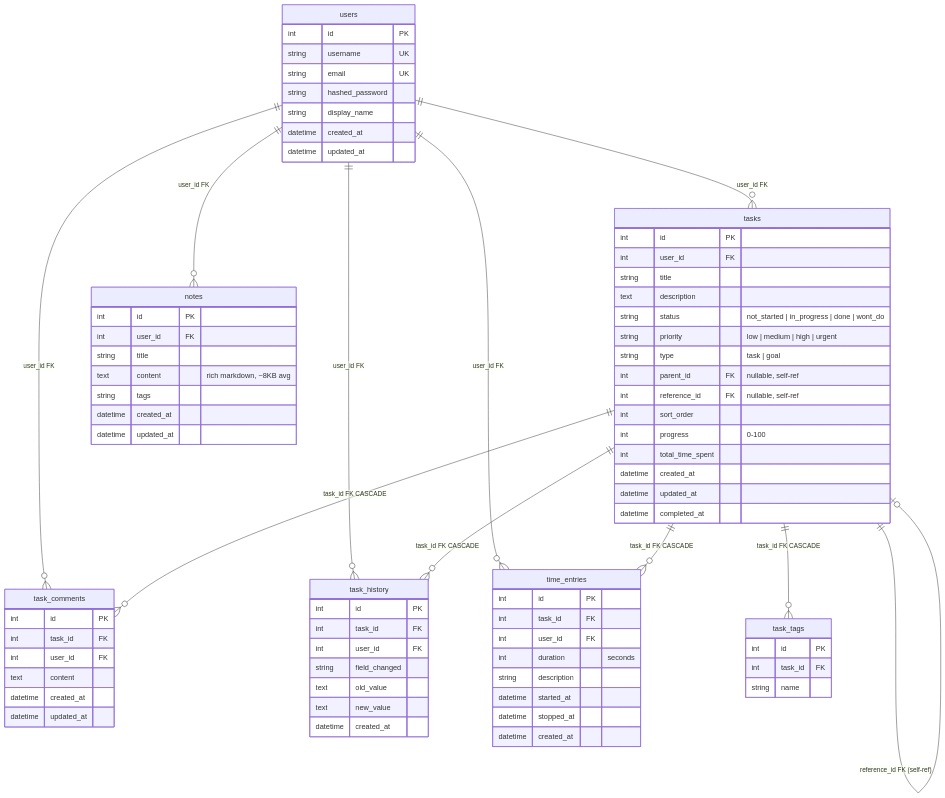
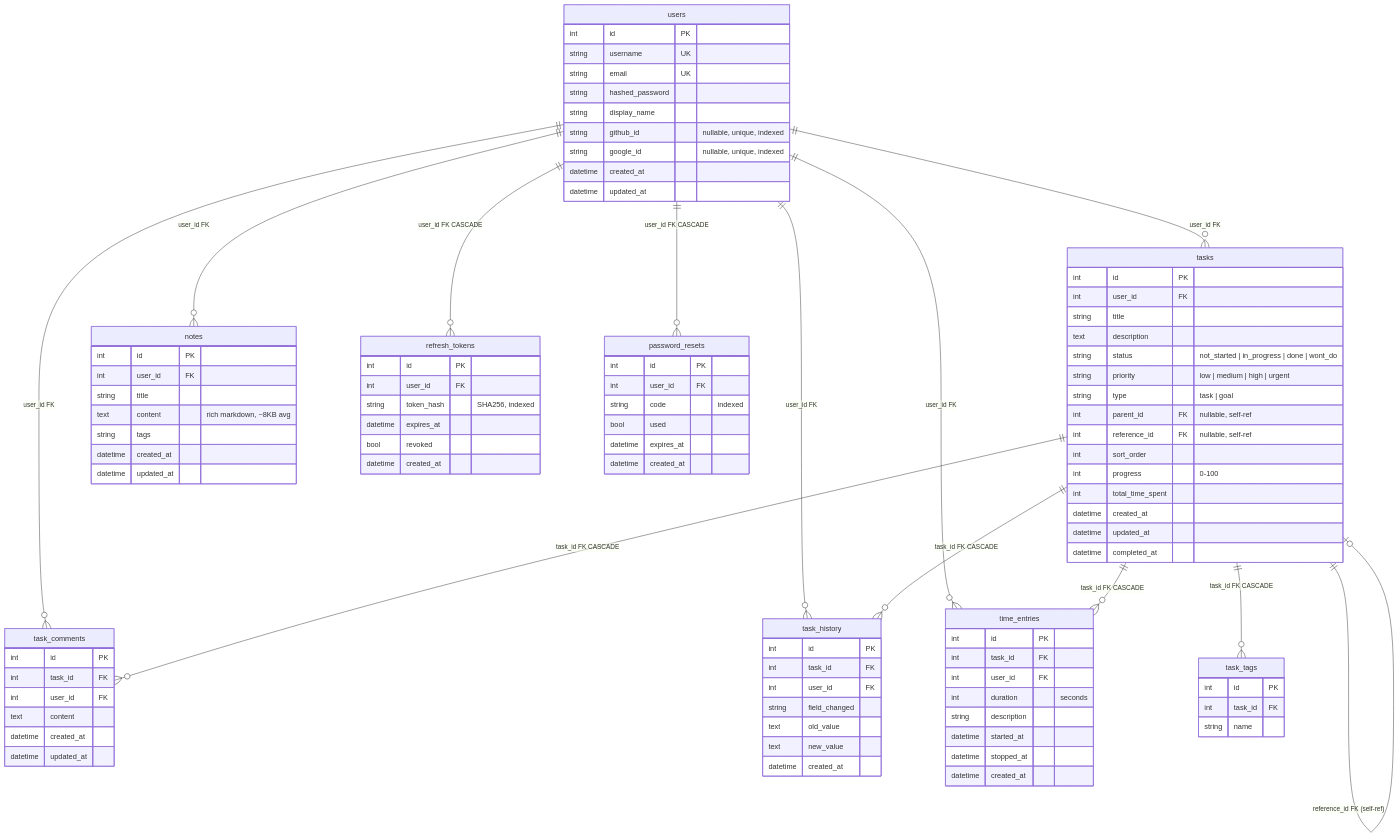
Before and after one commit to dharapx/Do: the fourth of 4 diagrams in docs/architecture.md, drawn with Mermaid. The commit also changed other lines of this file and 39 other files, not shown here.

````diff
--- a/docs/architecture.md
+++ b/docs/architecture.md
@@ -289,6 +299,8 @@
     users ||--o{ task_comments : "user_id FK"
     users ||--o{ task_history : "user_id FK"
     users ||--o{ time_entries : "user_id FK"
+    users ||--o{ refresh_tokens : "user_id FK CASCADE"
+    users ||--o{ password_resets : "user_id FK CASCADE"
 
     tasks ||--o{ task_comments : "task_id FK CASCADE"
     tasks ||--o{ task_tags : "task_id FK CASCADE"
@@ -303,6 +315,8 @@
         string email UK
         string hashed_password
         string display_name
+        string github_id "nullable, unique, indexed"
+        string google_id "nullable, unique, indexed"
         datetime created_at
         datetime updated_at
     }
@@ -371,4 +385,22 @@
         datetime created_at
     }
 
+    refresh_tokens {
+        int id PK
+        int user_id FK
+        string token_hash "SHA256, indexed"
+        datetime expires_at
+        bool revoked
+        datetime created_at
+    }
+
+    password_resets {
+        int id PK
+        int user_id FK
+        string code "indexed"
+        bool used
+        datetime expires_at
+        datetime created_at
+    }
+
 ```
````
